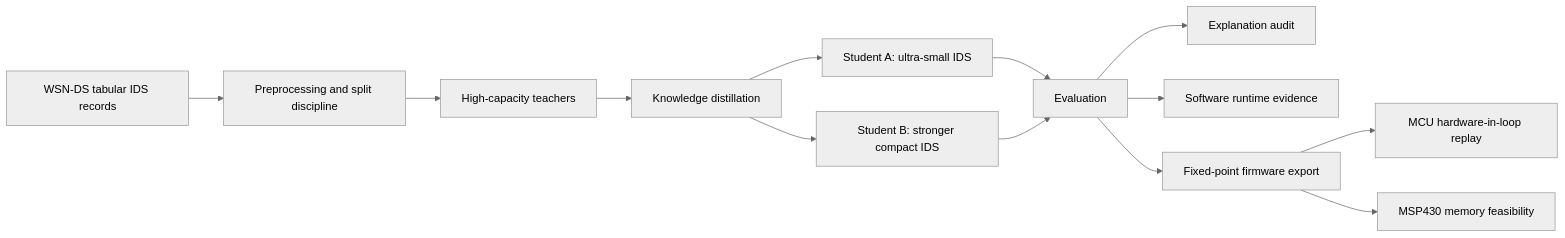
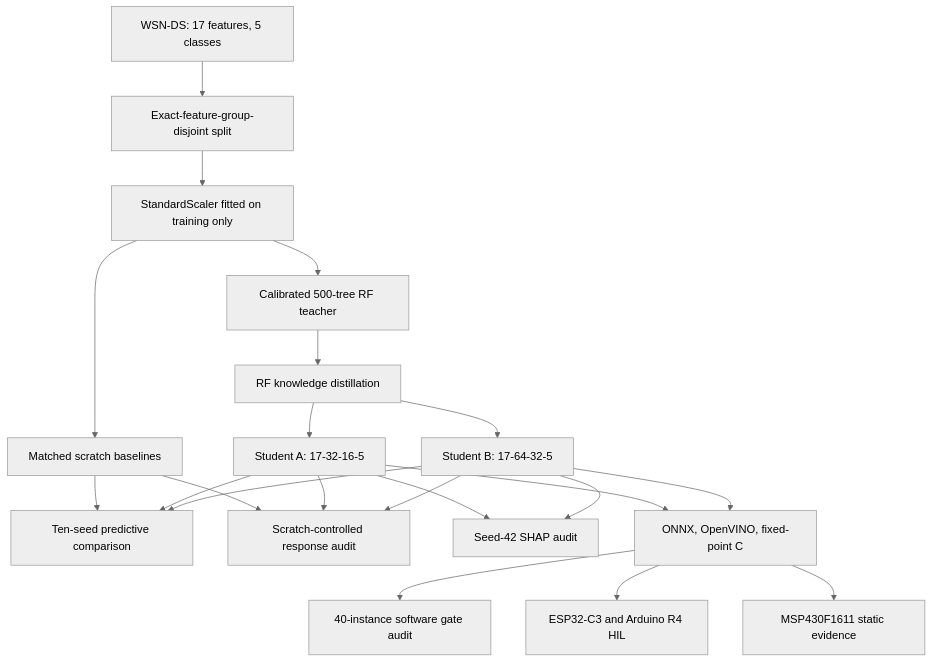
One commit to nishantharkut/CuKD-XAI changed the diagram in README.md. Above: the diagram before and after it, drawn with Mermaid (neutral theme). The commit also changed other lines of this file and 1 other file, not shown here.

Commit message:
Align README with current evidence registry

````diff
--- a/README.md
+++ b/README.md
@@ -62,15 +64,23 @@
 ```mermaid
-flowchart LR
-    D["WSN-DS tabular IDS records"] --> P["Preprocessing and split discipline"]
-    P --> T["High-capacity teachers"]
-    T --> K["Knowledge distillation"]
-    K --> A["Student A: ultra-small IDS"]
-    K --> B["Student B: stronger compact IDS"]
-    A --> E["Evaluation"]
-    B --> E
-    E --> X["Explanation audit"]
-    E --> S["Software runtime evidence"]
-    E --> F["Fixed-point firmware export"]
-    F --> H["MCU hardware-in-loop replay"]
-    F --> M["MSP430 memory feasibility"]
+flowchart TB
+    D["WSN-DS: 17 features, 5 classes"] --> G["Exact-feature-group-disjoint split"]
+    G --> S["StandardScaler fitted on training only"]
+    S --> R["Calibrated 500-tree RF teacher"]
+    S --> B0["Matched scratch baselines"]
+    R --> K["RF knowledge distillation"]
+    K --> A["Student A: 17-32-16-5"]
+    K --> B["Student B: 17-64-32-5"]
+    B0 --> P["Ten-seed predictive comparison"]
+    A --> P
+    B --> P
+    B0 --> T["Scratch-controlled response audit"]
+    A --> T
+    B --> T
+    A --> X["Seed-42 SHAP audit"]
+    B --> X
+    A --> C["ONNX, OpenVINO, fixed-point C"]
+    B --> C
+    C --> Q["40-instance software gate audit"]
+    C --> H["ESP32-C3 and Arduino R4 HIL"]
+    C --> M["MSP430F1611 static evidence"]
 ```
````
